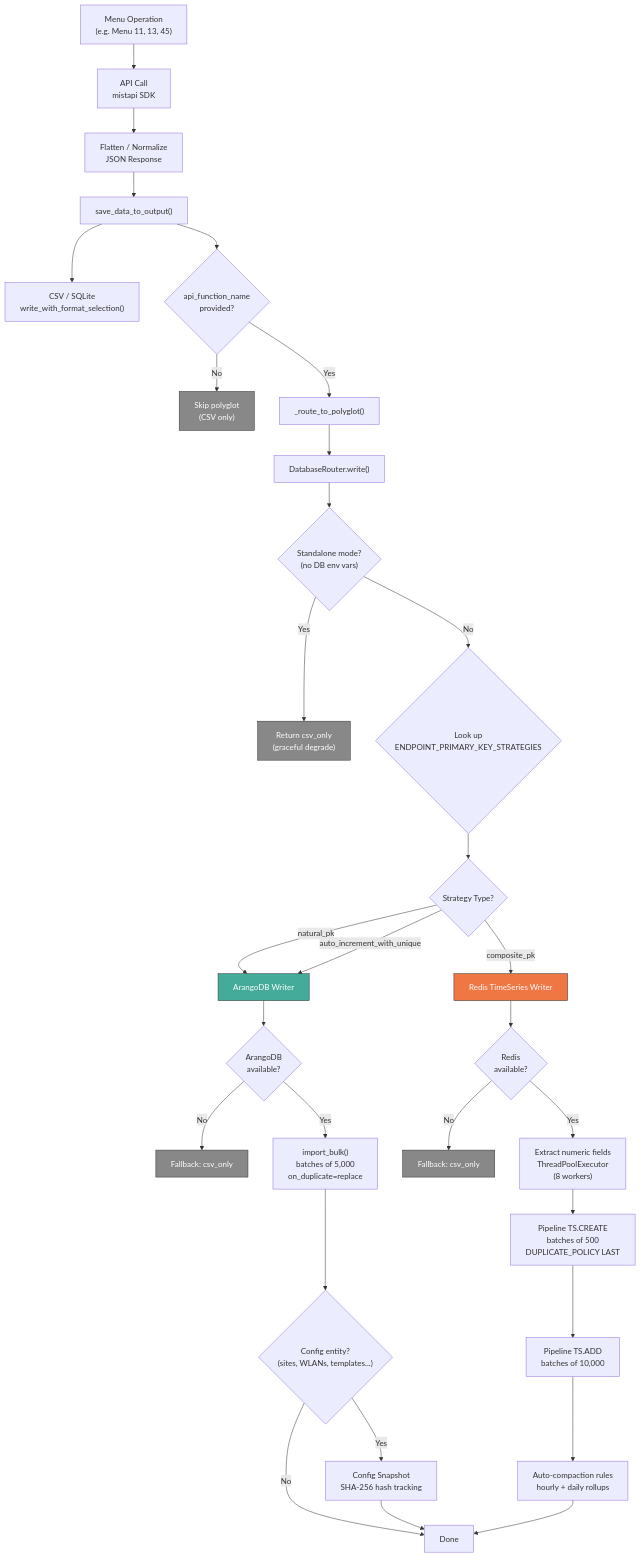
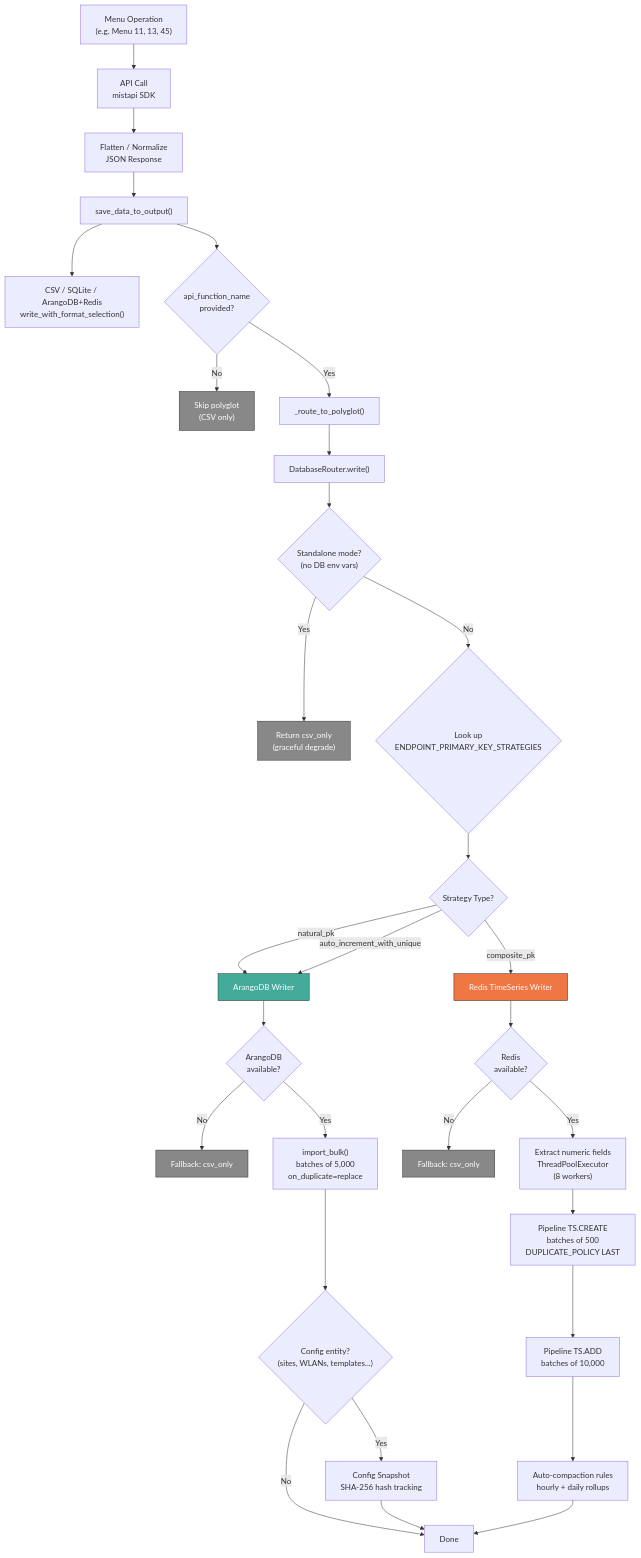
One commit to jmorrison-juniper/MistHelper changed the diagram in documentation/diagrams/core/data-persistence-routing.md. Above: the diagram before and after it, drawn with Mermaid. The commit also changed 44 other files, not shown here.

````diff
--- a/documentation/diagrams/core/data-persistence-routing.md
+++ b/documentation/diagrams/core/data-persistence-routing.md
@@ -8,50 +8,50 @@
 ```mermaid
 flowchart TD
     A["Menu Operation<br/>(e.g. Menu 11, 13, 45)"] --> B["API Call<br/>mistapi SDK"]
     B --> C["Flatten / Normalize<br/>JSON Response"]
     C --> D["save_data_to_output()"]
 
-    D --> E["CSV / SQLite<br/>write_with_format_selection()"]
+    D --> E["CSV / SQLite / ArangoDB+Redis<br/>write_with_format_selection()"]
     D --> F{"api_function_name<br/>provided?"}
 
     F -->|No| G["Skip polyglot<br/>(CSV only)"]
     F -->|Yes| H["_route_to_polyglot()"]
 
     H --> I["DatabaseRouter.write()"]
 
     I --> J{"Standalone mode?<br/>(no DB env vars)"}
     J -->|Yes| K["Return csv_only<br/>(graceful degrade)"]
 
     J -->|No| L{"Look up<br/>ENDPOINT_PRIMARY_KEY_STRATEGIES"}
 
     L --> M{"Strategy Type?"}
 
     M -->|natural_pk| N["ArangoDB Writer"]
     M -->|auto_increment_with_unique| N
     M -->|composite_pk| O["Redis TimeSeries Writer"]
 
     N --> P{"ArangoDB<br/>available?"}
     P -->|No| Q["Fallback: csv_only"]
     P -->|Yes| R["import_bulk()<br/>batches of 5,000<br/>on_duplicate=replace"]
 
     R --> S{"Config entity?<br/>(sites, WLANs, templates...)"}
     S -->|Yes| T["Config Snapshot<br/>SHA-256 hash tracking"]
     S -->|No| U["Done"]
     T --> U
 
     O --> V{"Redis<br/>available?"}
     V -->|No| W["Fallback: csv_only"]
     V -->|Yes| X["Extract numeric fields<br/>ThreadPoolExecutor<br/>(8 workers)"]
 
     X --> Y["Pipeline TS.CREATE<br/>batches of 500<br/>DUPLICATE_POLICY LAST"]
     Y --> Z["Pipeline TS.ADD<br/>batches of 10,000"]
     Z --> AA["Auto-compaction rules<br/>hourly + daily rollups"]
     AA --> U
 
     style N fill:#4a9,stroke:#333,color:#fff
     style O fill:#e74,stroke:#333,color:#fff
     style Q fill:#888,stroke:#333,color:#fff
     style W fill:#888,stroke:#333,color:#fff
     style K fill:#888,stroke:#333,color:#fff
     style G fill:#888,stroke:#333,color:#fff
 ```
````
